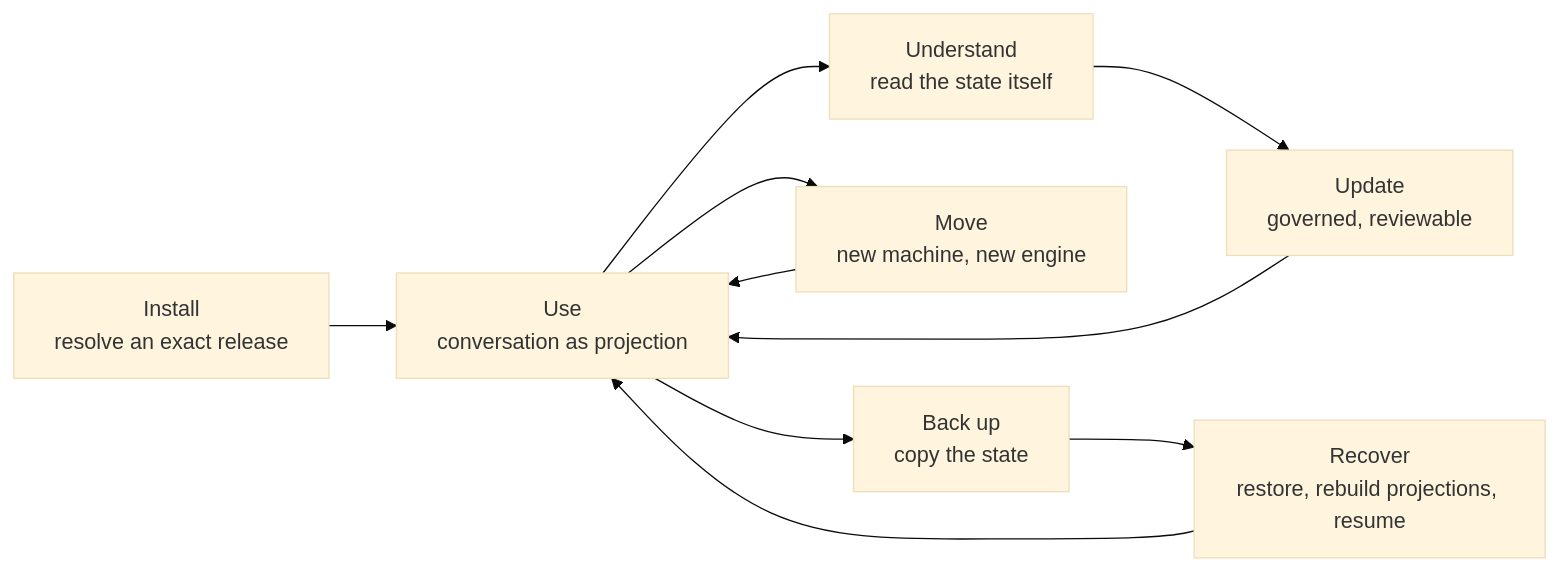
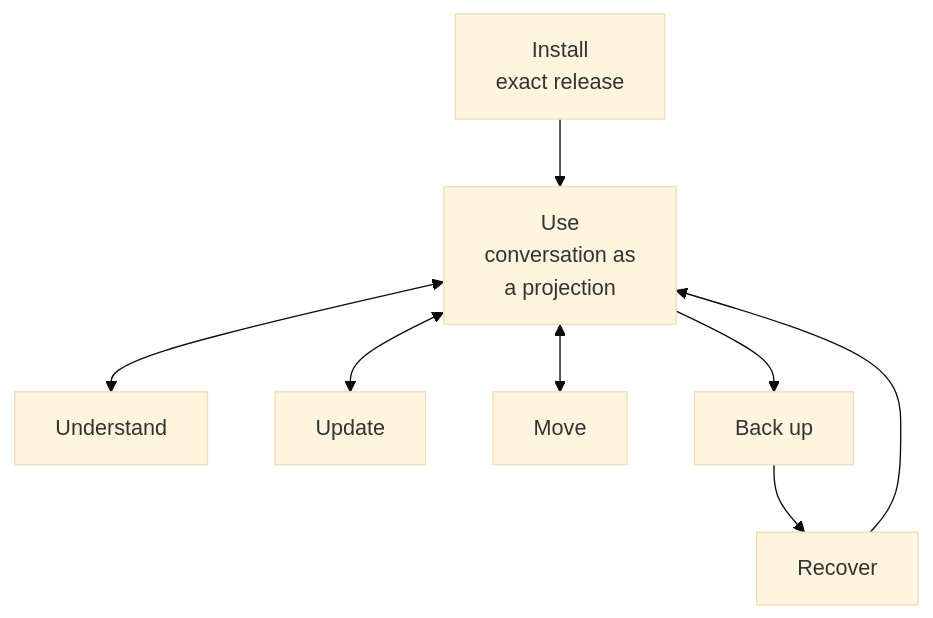
The diagram in assets/diagrams/src/paper/stateware-whitepaper-candidate-v1-2-05.mmd (lennertvhoy/StatePort-Site), drawn with Mermaid (base theme) before and after one commit. The commit also changed 15 other files, not shown here.

First line of the commit message:
papers: phone-readable static diagrams for the earlier 1.2 draft; keep Publication note label

```diff
--- a/assets/diagrams/src/paper/stateware-whitepaper-candidate-v1-2-05.mmd
+++ b/assets/diagrams/src/paper/stateware-whitepaper-candidate-v1-2-05.mmd
@@ -1,10 +1,10 @@
-flowchart LR
-    IN[Install<br/>resolve an exact release] --> US[Use<br/>conversation as projection]
-    US --> UN[Understand<br/>read the state itself]
-    UN --> UP[Update<br/>governed, reviewable]
-    UP --> US
-    US --> MV[Move<br/>new machine, new engine]
-    MV --> US
-    US --> BK[Back up<br/>copy the state]
-    BK --> RC[Recover<br/>restore, rebuild projections, resume]
+flowchart TB
+    accTitle: The lifecycle is a loop that always returns to use
+    accDescr: An application is installed by resolving an exact release, then used. From use, the owner can understand the state, update it under governance, move it to a new machine or engine, or back it up and later recover it. Every stage returns to use.
+    IN["Install<br/>exact release"] --> US["Use<br/>conversation as<br/>a projection"]
+    US <--> UN["Understand"]
+    US <--> UP["Update"]
+    US <--> MV["Move"]
+    US --> BK["Back up"]
+    BK --> RC["Recover"]
     RC --> US
```
